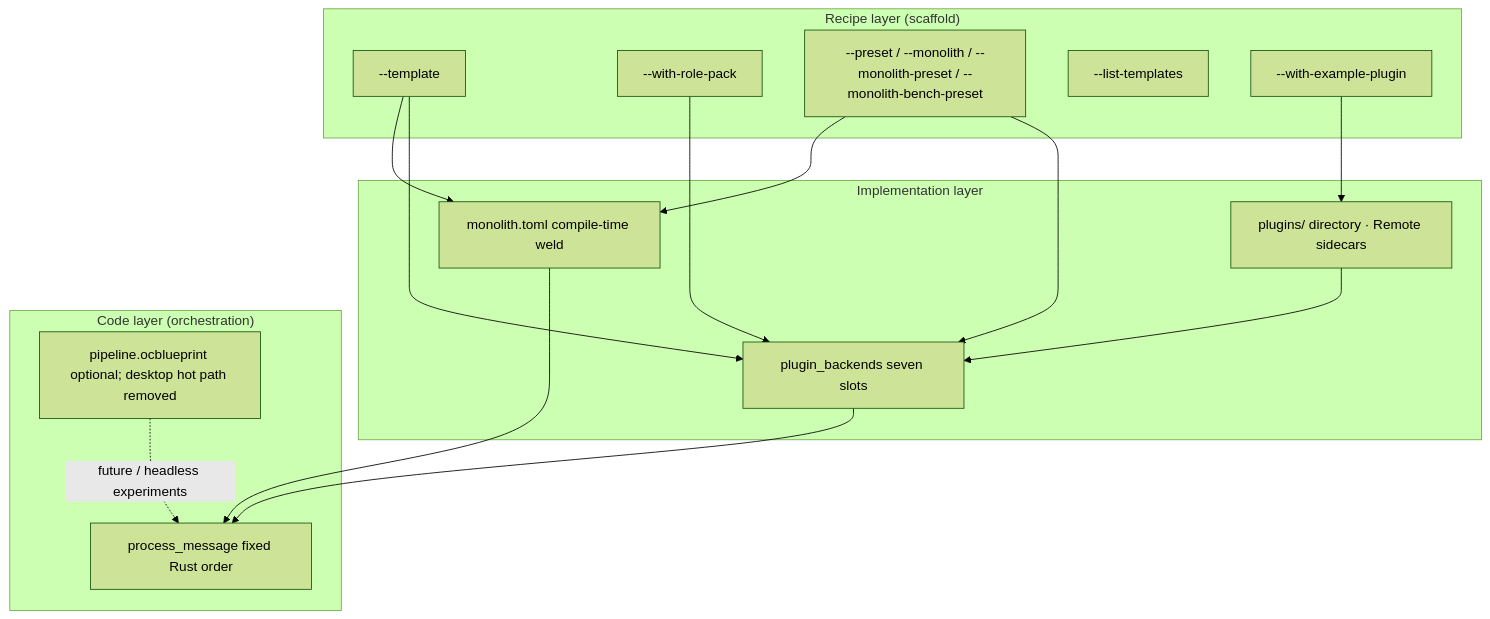
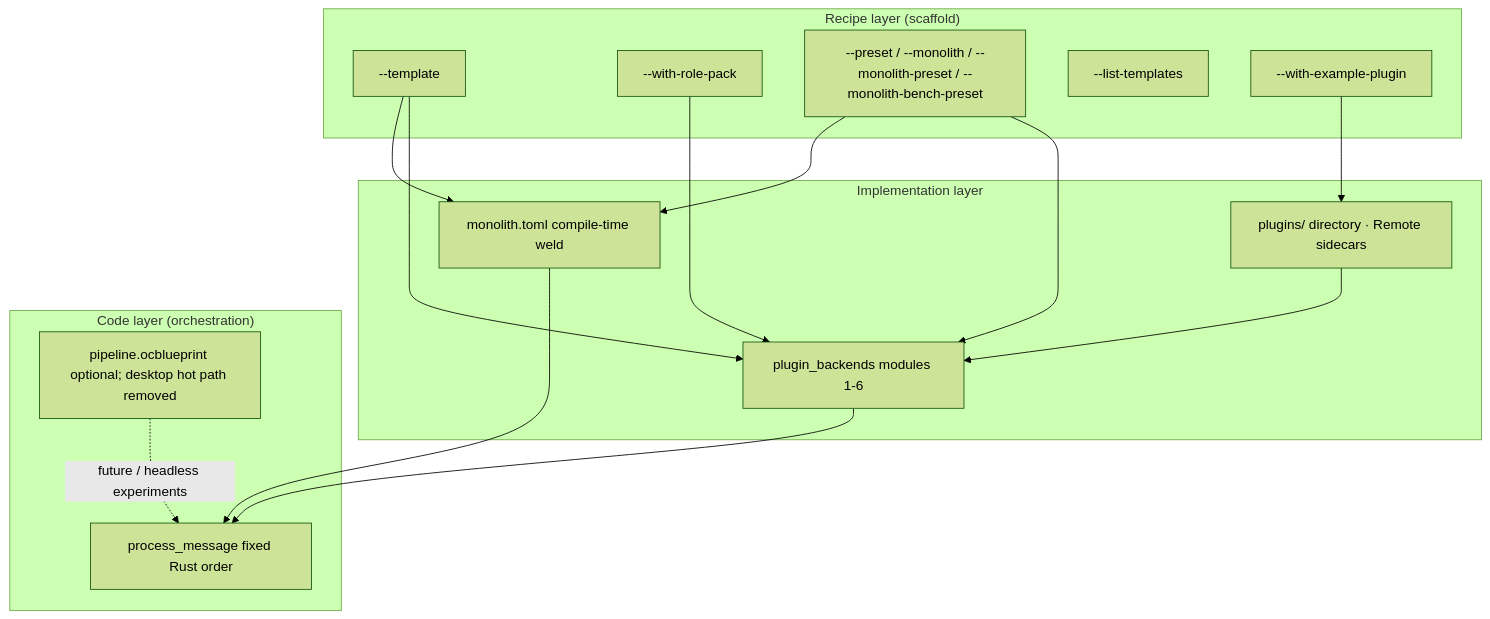
The diagram in creator-docs-en/getting-started/KERNEL_FACTORY_VISION.md (linkaiheng2233-cyber/oclivenewnew), drawn with Mermaid (forest theme) before and after one commit. The commit also changed other lines of this file and 29 other files, not shown here.

First line of the commit message:
docs: align legacy 七槽 wording with modules 1-6 and seven weld keys

````diff
--- a/creator-docs-en/getting-started/KERNEL_FACTORY_VISION.md
+++ b/creator-docs-en/getting-started/KERNEL_FACTORY_VISION.md
@@ -65,29 +65,29 @@
 ```mermaid
 flowchart TB
   subgraph recipe["Recipe layer (scaffold)"]
     T["--template"]
     R["--with-role-pack"]
     P["--preset / --monolith / --monolith-preset / --monolith-bench-preset"]
     L["--list-templates"]
     E["--with-example-plugin"]
   end
   subgraph impl["Implementation layer"]
-    PB["plugin_backends seven slots"]
+    PB["plugin_backends modules 1-6"]
     M["monolith.toml compile-time weld"]
     PL["plugins/ directory · Remote sidecars"]
   end
   subgraph code["Code layer (orchestration)"]
     PM["process_message fixed Rust order"]
     BP["pipeline.ocblueprint optional; desktop hot path removed"]
   end
   T --> PB
   R --> PB
   P --> PB
   T --> M
   P --> M
   E --> PL
   PB --> PM
   M --> PM
   PL --> PB
   BP -.->|future / headless experiments| PM
 ```
````
